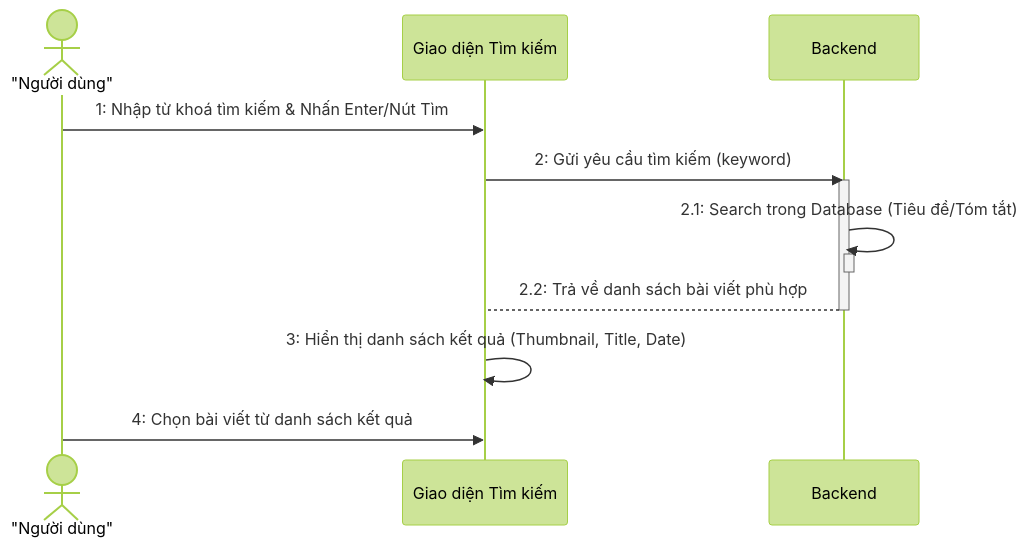
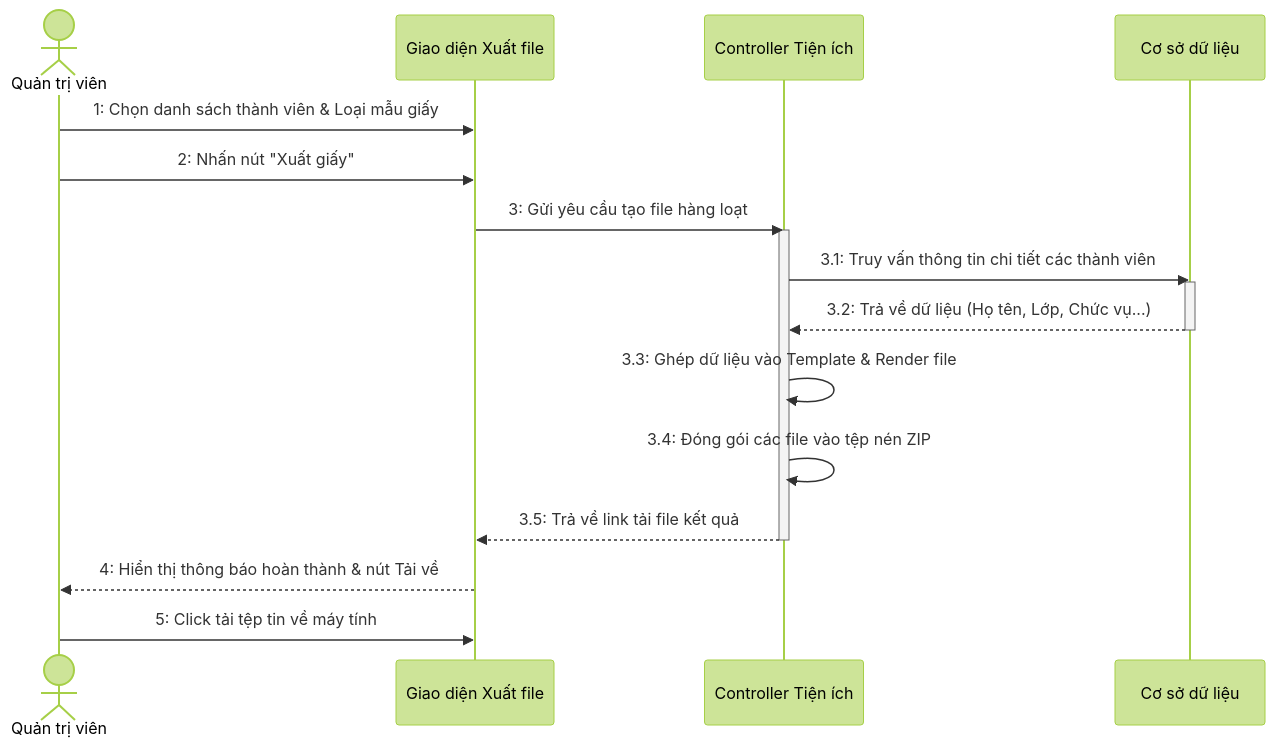
One commit to Trangkmt/lcd-website changed the eighth of 12 diagrams in docs/Sequence_Diagrams.md. Above: the diagram before and after it, drawn with Mermaid (forest theme). The commit also changed other lines of this file and 47 other files, not shown here.

````diff
--- a/docs/Sequence_Diagrams.md
+++ b/docs/Sequence_Diagrams.md
@@ -227,19 +275,26 @@
 ```mermaid
 sequenceDiagram
-    actor U as "Người dùng"
-    participant B as Giao diện Tìm kiếm
-    participant BE as Backend
+    actor A as Quản trị viên
+    participant G as Giao diện Xuất file
+    participant C as Controller Tiện ích
+    participant D as Cơ sở dữ liệu
     
-    U->>B: 1: Nhập từ khoá tìm kiếm & Nhấn Enter/Nút Tìm
-    B->>BE: 2: Gửi yêu cầu tìm kiếm (keyword)
-    activate BE
+    A->>G: 1: Chọn danh sách thành viên & Loại mẫu giấy
+    A->>G: 2: Nhấn nút "Xuất giấy"
     
-    BE->>BE: 2.1: Search trong Database (Tiêu đề/Tóm tắt)
-    activate BE
-    deactivate BE
-    BE-->B: 2.2: Trả về danh sách bài viết phù hợp
-    deactivate BE
+    G->>C: 3: Gửi yêu cầu tạo file hàng loạt
+    activate C
+    C->>D: 3.1: Truy vấn thông tin chi tiết các thành viên
+    activate D
+    D-->>C: 3.2: Trả về dữ liệu (Họ tên, Lớp, Chức vụ...)
+    deactivate D
     
-    B->>B: 3: Hiển thị danh sách kết quả (Thumbnail, Title, Date)
-    U->>B: 4: Chọn bài viết từ danh sách kết quả
+    C->>C: 3.3: Ghép dữ liệu vào Template & Render file
+    C->>C: 3.4: Đóng gói các file vào tệp nén ZIP
+    
+    C-->>G: 3.5: Trả về link tải file kết quả
+    deactivate C
+    
+    G-->>A: 4: Hiển thị thông báo hoàn thành & nút Tải về
+    A->>G: 5: Click tải tệp tin về máy tính
 ```
````
